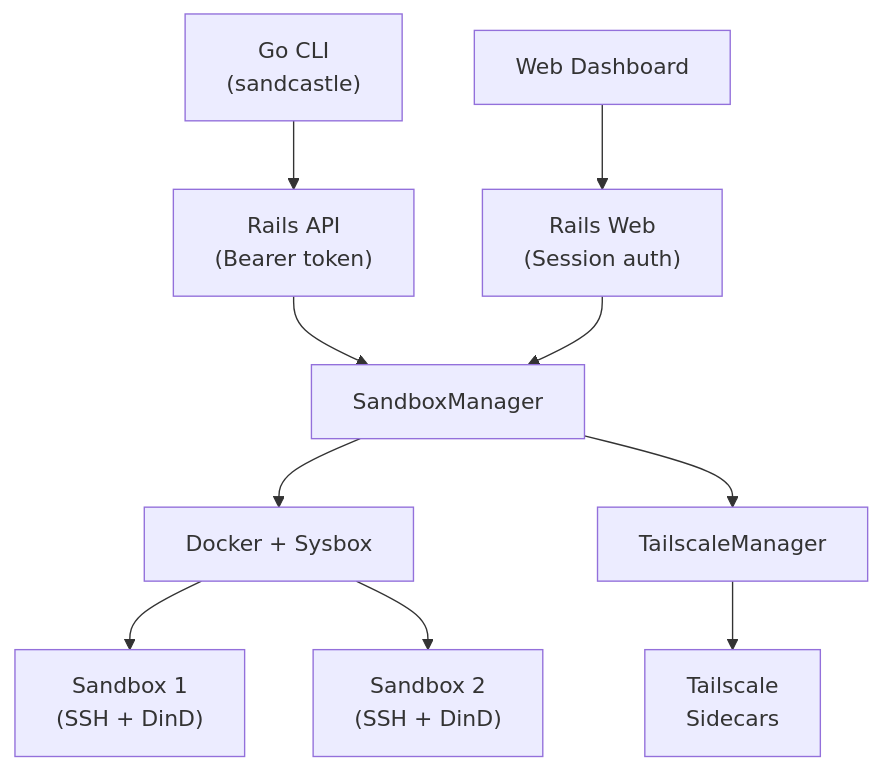
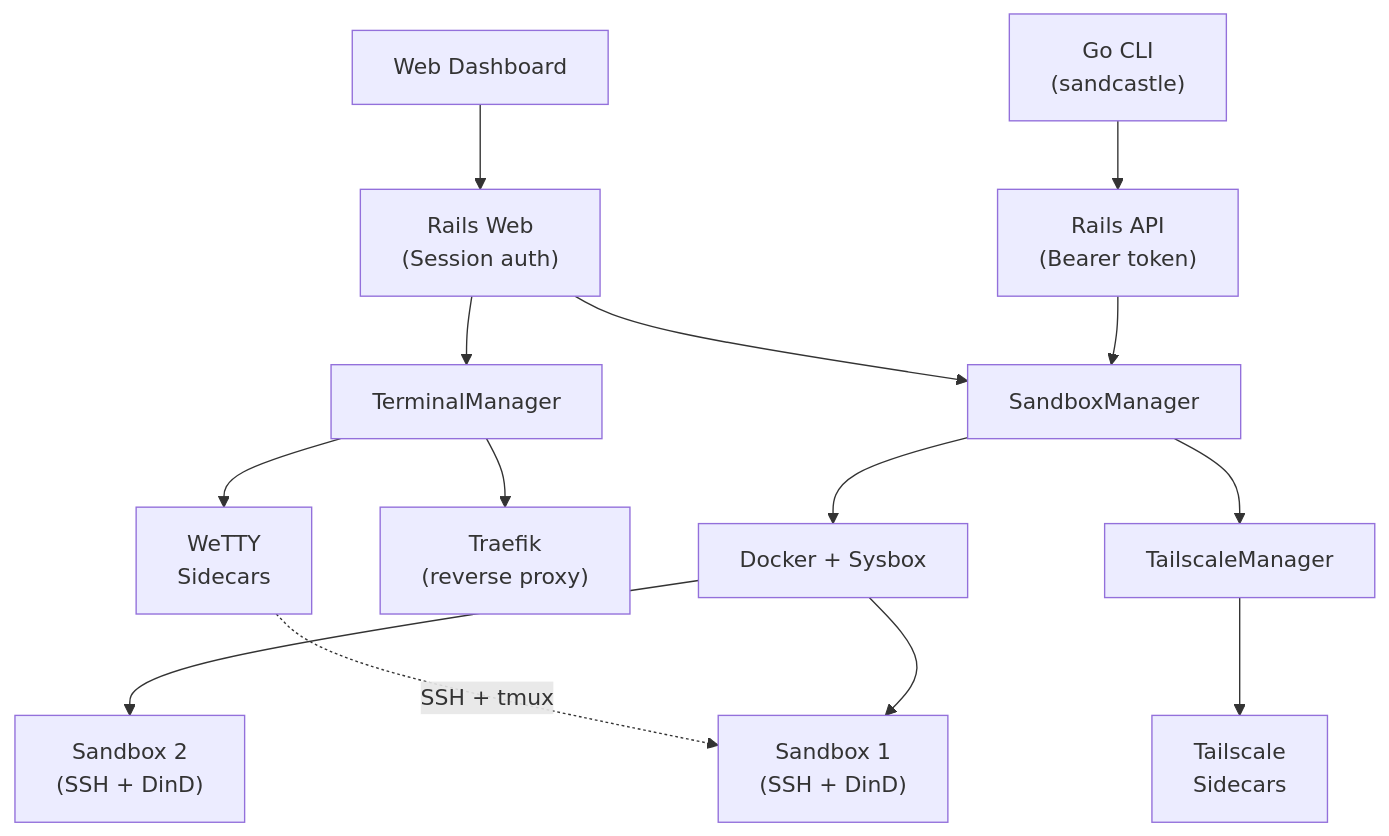
The diagram in README.md (thieso2/Sandcastle), drawn with Mermaid before and after one commit. The commit also changed other lines of this file and 1 other file, not shown here.

First line of the commit message:
docs: Add WeTTY terminal docs and acknowledgments

````diff
--- a/README.md
+++ b/README.md
@@ -7,12 +7,16 @@
 ```mermaid
 flowchart TB
     CLI["Go CLI\n(sandcastle)"] --> API["Rails API\n(Bearer token)"]
     Browser["Web Dashboard"] --> Web["Rails Web\n(Session auth)"]
     API --> SM["SandboxManager"]
     Web --> SM
+    Web --> TM["TerminalManager"]
     SM --> Docker["Docker + Sysbox"]
     Docker --> S1["Sandbox 1\n(SSH + DinD)"]
     Docker --> S2["Sandbox 2\n(SSH + DinD)"]
+    TM --> Traefik["Traefik\n(reverse proxy)"]
+    TM --> WeTTY["WeTTY\nSidecars"]
+    WeTTY -.->|SSH + tmux| S1
     SM --> TS["TailscaleManager"]
     TS --> TSC["Tailscale\nSidecars"]
 ```
````
